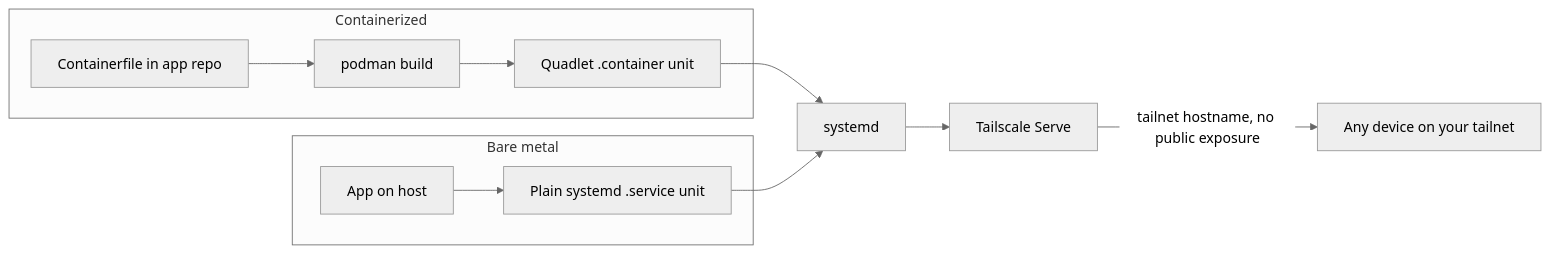
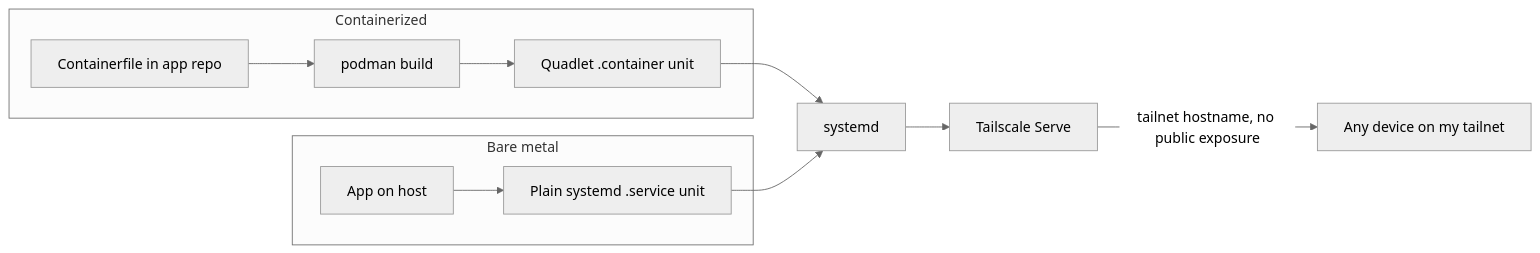
One commit to atindriyaghosh/how changed the diagram in bundle/patterns/tailnet-serve.md. Above: the diagram before and after it, drawn with Mermaid (neutral theme). The commit also changed other lines of this file and 3 other files, not shown here.

````diff
--- a/bundle/patterns/tailnet-serve.md
+++ b/bundle/patterns/tailnet-serve.md
@@ -85,14 +85,14 @@
 ```mermaid
 flowchart LR
     subgraph Containerized
         A1[Containerfile in app repo] --> A2[podman build]
         A2 --> A3[Quadlet .container unit]
     end
     subgraph "Bare metal"
         B1[App on host] --> B2[Plain systemd .service unit]
     end
     A3 --> C[systemd]
     B2 --> C
     C --> D[Tailscale Serve]
-    D -->|tailnet hostname, no public exposure| E[Any device on your tailnet]
+    D -->|tailnet hostname, no public exposure| E[Any device on my tailnet]
 ```
````
